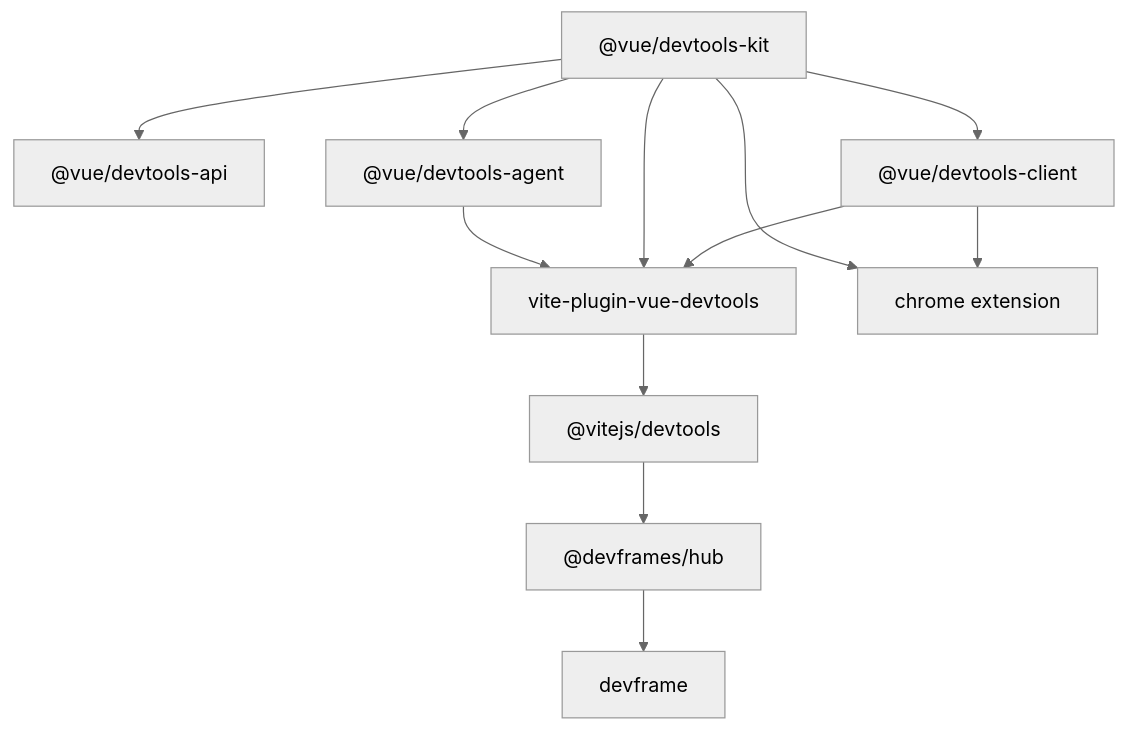
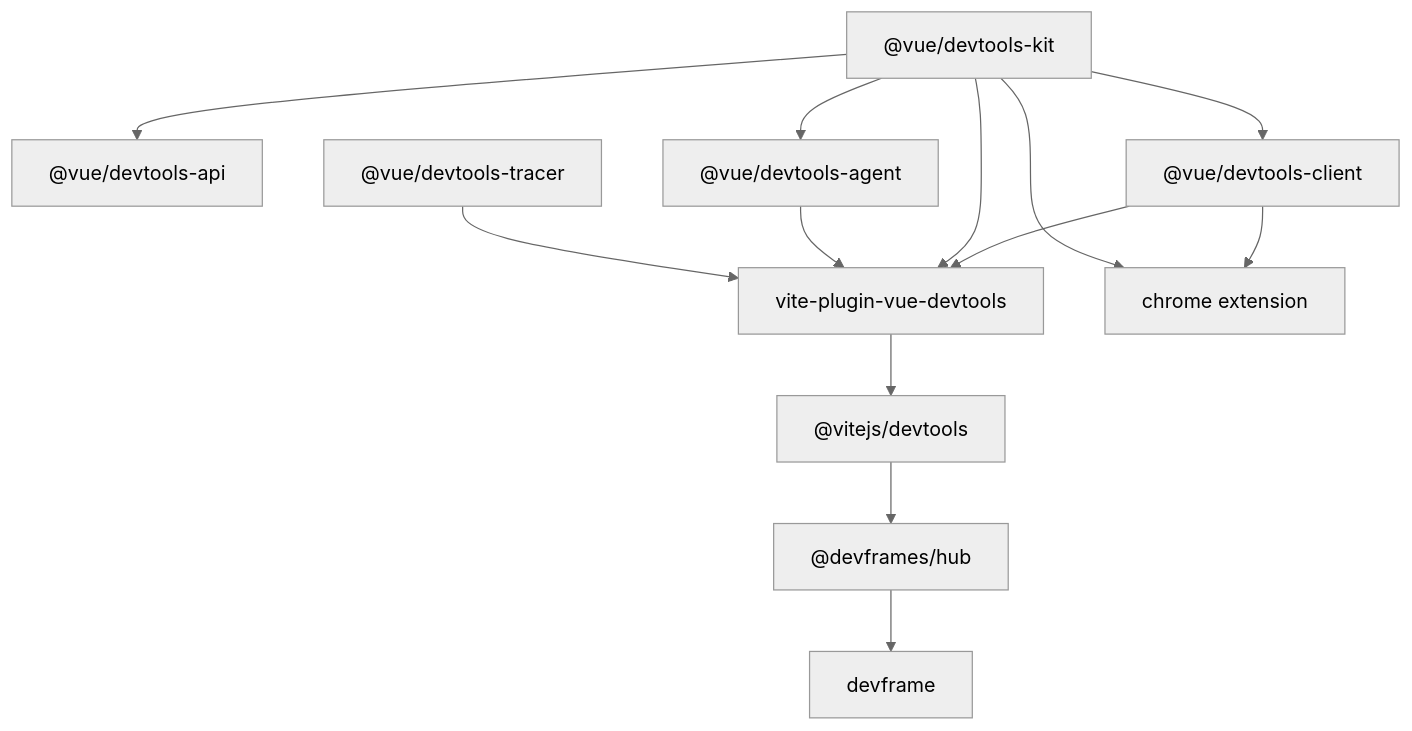
Before and after one commit to vuejs/devtools: the diagram in AGENTS.md, drawn with Mermaid (neutral theme). The commit also changed other lines of this file and 34 other files, not shown here.

First line of the commit message:
feat: devtools-tracer package

````diff
--- a/AGENTS.md
+++ b/AGENTS.md
@@ -36,14 +37,15 @@
 ```mermaid
 flowchart TD
   kit["@vue/devtools-kit"] --> api["@vue/devtools-api"]
   kit --> client["@vue/devtools-client"]
   client --> plugin["vite-plugin-vue-devtools"]
   client --> chrome["chrome extension"]
   kit --> plugin
   kit --> chrome
   kit --> agent["@vue/devtools-agent"]
   agent --> plugin
+  tracer["@vue/devtools-tracer"] --> plugin
   plugin --> viteHost["@vitejs/devtools"]
   viteHost --> hub["@devframes/hub"]
   hub --> devframe
 ```
````
